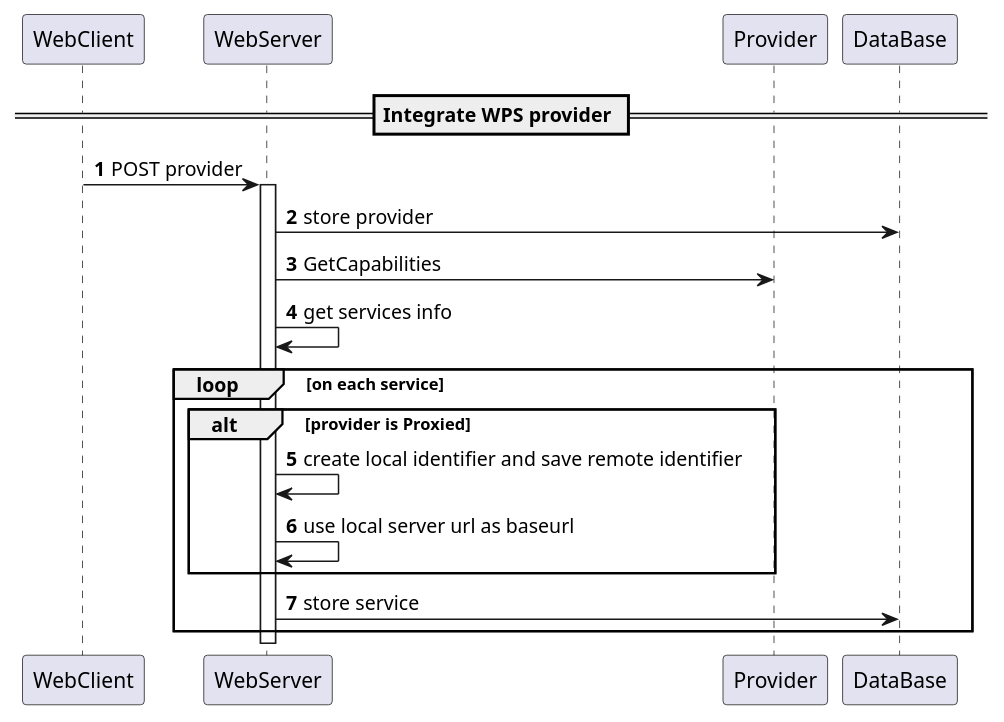
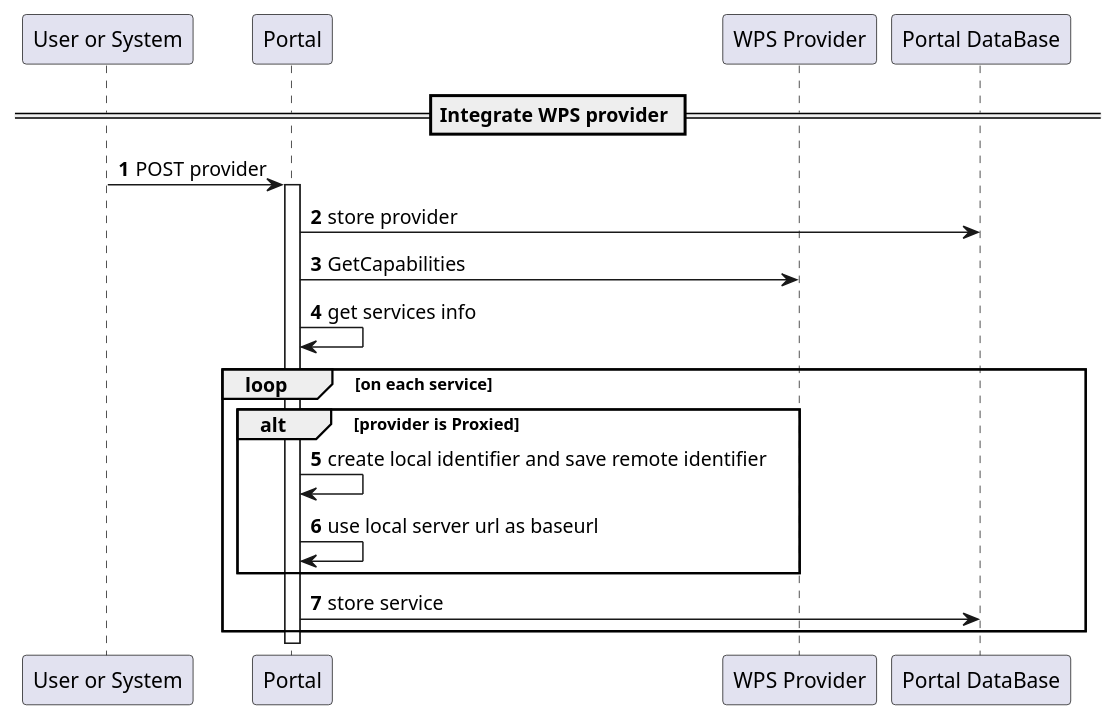
The sixth of 6 diagrams in source/groups/group___core_w_p_s.rst (urban-tep/DDF-SDD), drawn with PlantUML before and after one commit. The commit also changed other lines of this file and 23 other files, not shown here.

```diff
--- a/source/groups/group___core_w_p_s.rst
+++ b/source/groups/group___core_w_p_s.rst
@@ -207,26 +207,26 @@
 .. uml::
 	:caption: WPS Service Analysis Sequence Diagram - Integrate WPS provider
 	:align: center
 
 
-	participant "WebClient" as WC
-	participant "WebServer" as WS
-	participant "Provider" as P
-	participant "DataBase" as DB
+	participant "User or System" as WC
+	participant "Portal" as WS
+	participant "WPS Provider" as P
+	participant "Portal DataBase" as DB
 	
 	autonumber
 	
 	== Integrate WPS provider ==
 	
 	WC -> WS: POST provider
 	activate WS
 	WS -> DB: store provider
 	WS -> P: GetCapabilities
 	WS -> WS: get services info
 	loop on each service
 	    alt provider is Proxied
 	        WS -> WS: create local identifier and save remote identifier
 	        WS -> WS: use local server url as baseurl
 	    end
 	    WS -> DB: store service
 	end
```
